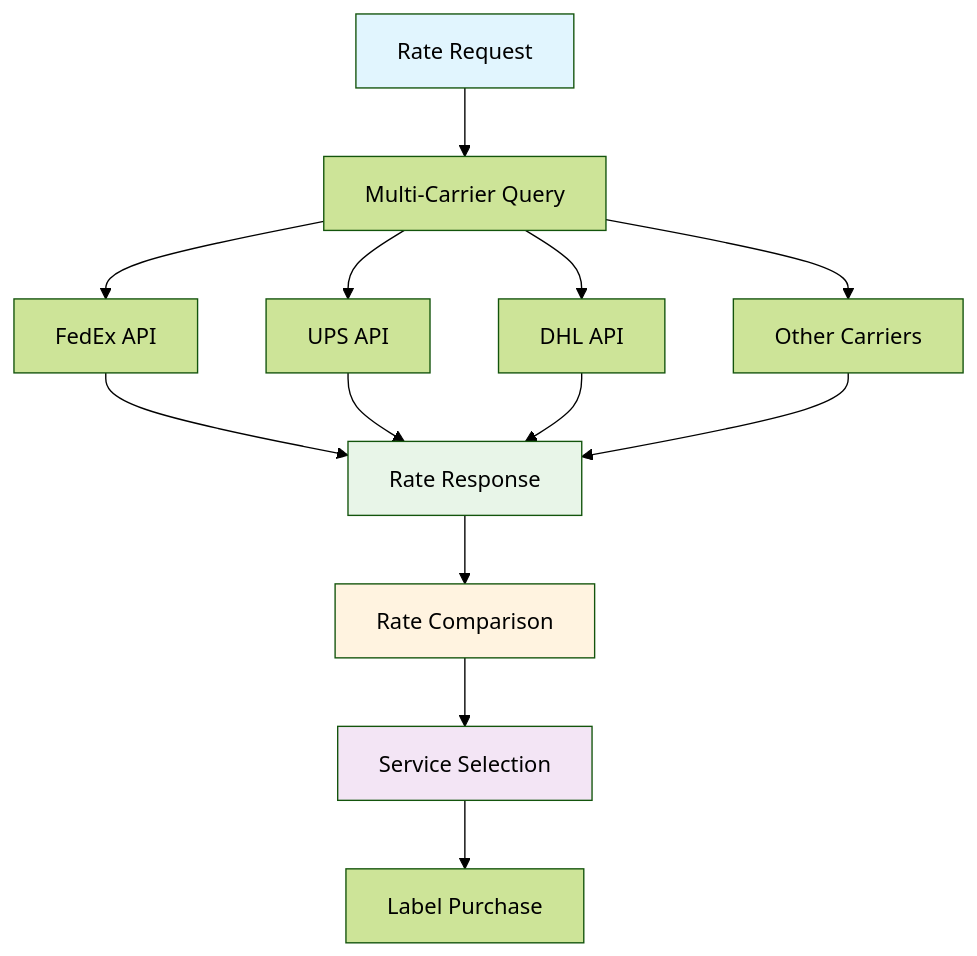
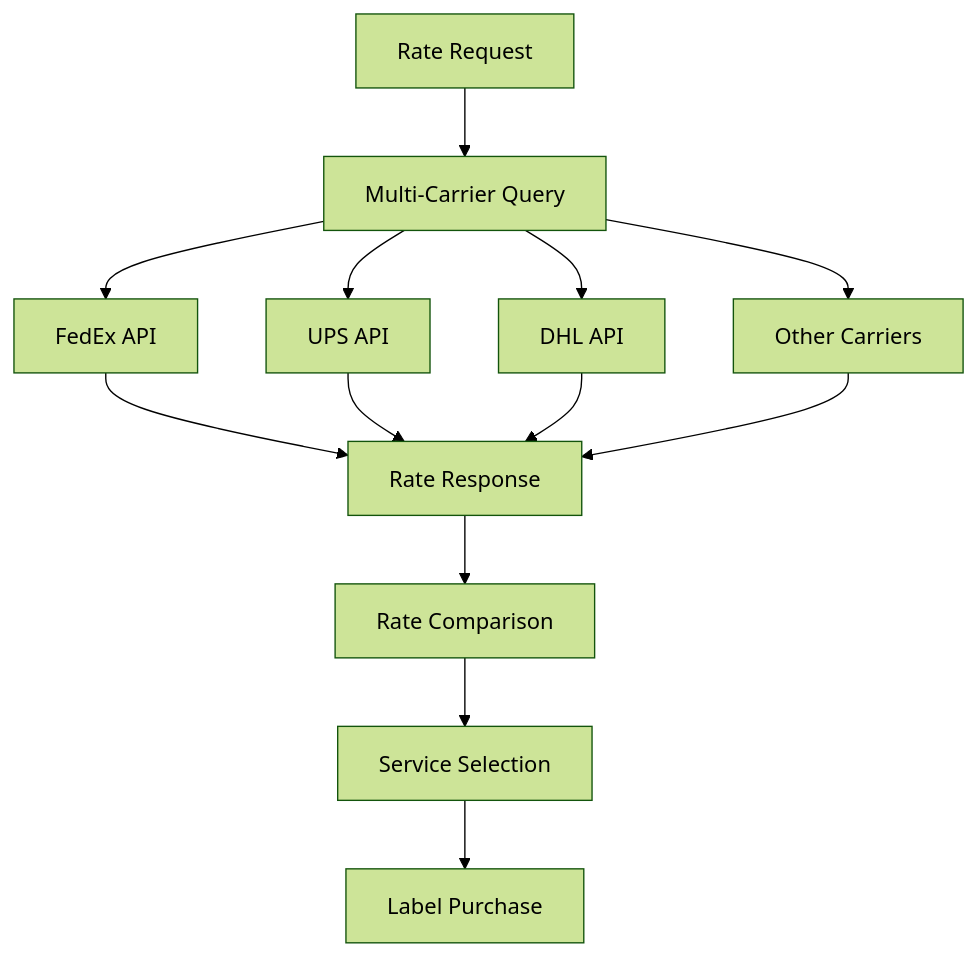
One commit to karrioapi/karrio changed the diagram in apps/web/src/app/docs/products/shipments/live-rates/page.mdx. Above: the diagram before and after it, drawn with Mermaid (forest theme). The commit also changed 34 other files, not shown here.

````diff
--- a/apps/web/src/app/docs/products/shipments/live-rates/page.mdx
+++ b/apps/web/src/app/docs/products/shipments/live-rates/page.mdx
@@ -33,22 +33,19 @@
 ```mermaid
 flowchart TD
     A[Rate Request] --> B[Multi-Carrier Query]
     B --> C[FedEx API]
     B --> D[UPS API]
     B --> E[DHL API]
     B --> F[Other Carriers]
 
     C --> G[Rate Response]
     D --> G
     E --> G
     F --> G
 
     G --> H[Rate Comparison]
     H --> I[Service Selection]
     I --> J[Label Purchase]
 
-    style A fill:#e1f5fe
-    style G fill:#e8f5e8
-    style H fill:#fff3e0
-    style I fill:#f3e5f5
+    
 ```
````
